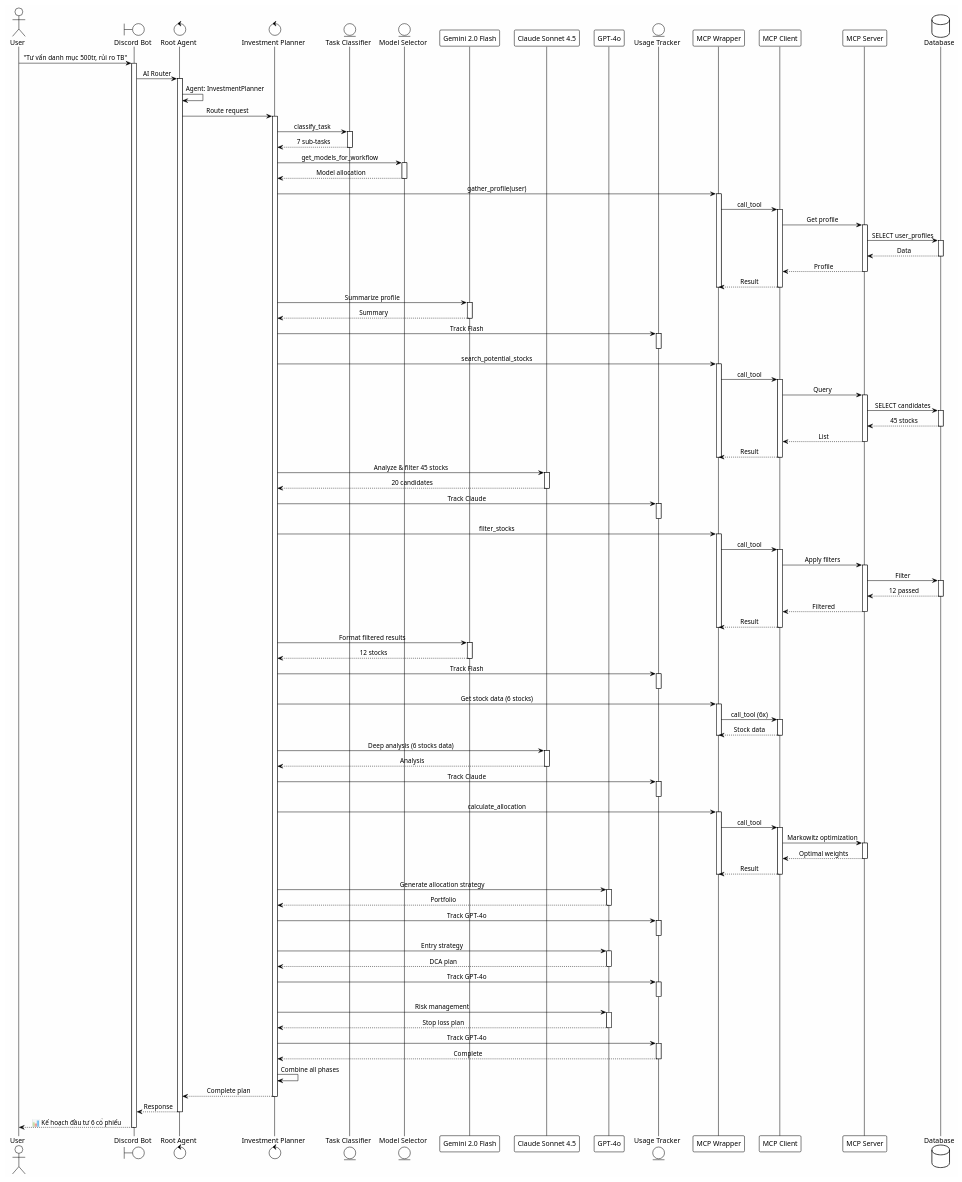
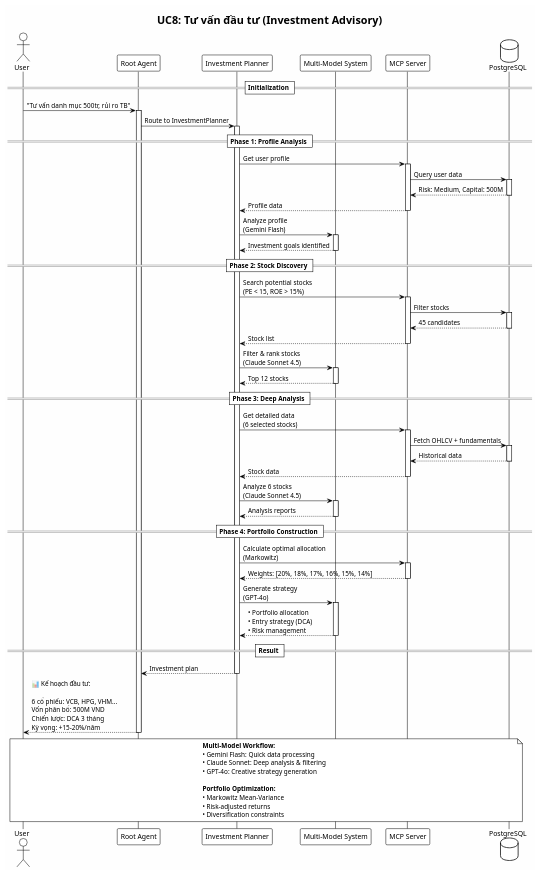
Before and after one commit to GiangNV-HUST/DATN: the diagram in diagrams/sources/sequence_diagrams/sequence_uc8_tu_van_dau_tu.puml, drawn with PlantUML. The commit also changed other lines of this file and 3 other files, not shown here.

First line of the commit message:
refactor: Optimize complex sequence diagrams for better presentation

```diff
--- a/diagrams/sources/sequence_diagrams/sequence_uc8_tu_van_dau_tu.puml
+++ b/diagrams/sources/sequence_diagrams/sequence_uc8_tu_van_dau_tu.puml
@@ -1,185 +2,96 @@
 @startuml sequence_uc8_tu_van_dau_tu
 !theme plain
 skinparam backgroundColor #FEFEFE
-skinparam sequenceMessageAlign center
 skinparam shadowing false
+skinparam defaultFontName "Times New Roman"
+
+title UC8: Tư vấn đầu tư (Investment Advisory)
 
 actor User
-boundary "Discord Bot" as Bot
-control "Root Agent" as Root
-control "Investment Planner" as Planner
-entity "Task Classifier" as Classifier
-entity "Model Selector" as Selector
-participant "Gemini 2.0 Flash" as Flash
-participant "Claude Sonnet 4.5" as Claude
-participant "GPT-4o" as GPT4
-entity "Usage Tracker" as Tracker
-participant "MCP Wrapper" as Wrapper
-participant "MCP Client" as Client
-participant "MCP Server" as Server
-database "Database" as DB
+participant "Root Agent" as Root
+participant "Investment Planner" as Planner
+participant "Multi-Model System" as Models
+participant "MCP Server" as MCP
+database "PostgreSQL" as DB
 
-User -> Bot: "Tư vấn danh mục 500tr, rủi ro TB"
-activate Bot
-
-Bot -> Root: AI Router
+== Initialization ==
+User -> Root: "Tư vấn danh mục 500tr, rủi ro TB"
 activate Root
-Root -> Root: Agent: InvestmentPlanner
-
-Root -> Planner: Route request
+Root -> Planner: Route to InvestmentPlanner
 activate Planner
 
-Planner -> Classifier: classify_task
-activate Classifier
-Classifier --> Planner: 7 sub-tasks
-deactivate Classifier
+== Phase 1: Profile Analysis ==
+Planner -> MCP: Get user profile
+activate MCP
+MCP -> DB: Query user data
+activate DB
+DB --> MCP: Risk: Medium, Capital: 500M
+deactivate DB
+MCP --> Planner: Profile data
+deactivate MCP
 
-Planner -> Selector: get_models_for_workflow
-activate Selector
-Selector --> Planner: Model allocation
-deactivate Selector
+Planner -> Models: Analyze profile\n(Gemini Flash)
+activate Models
+Models --> Planner: Investment goals identified
+deactivate Models
 
-Planner -> Wrapper: gather_profile(user)
-activate Wrapper
-Wrapper -> Client: call_tool
-activate Client
-Client -> Server: Get profile
-activate Server
-Server -> DB: SELECT user_profiles
+== Phase 2: Stock Discovery ==
+Planner -> MCP: Search potential stocks\n(PE < 15, ROE > 15%)
+activate MCP
+MCP -> DB: Filter stocks
 activate DB
-DB --> Server: Data
+DB --> MCP: 45 candidates
 deactivate DB
-Server --> Client: Profile
-deactivate Server
-Client --> Wrapper: Result
-deactivate Client
-deactivate Wrapper
+MCP --> Planner: Stock list
+deactivate MCP
 
-Planner -> Flash: Summarize profile
-activate Flash
-Flash --> Planner: Summary
-deactivate Flash
+Planner -> Models: Filter & rank stocks\n(Claude Sonnet 4.5)
+activate Models
+Models --> Planner: Top 12 stocks
+deactivate Models
 
-Planner -> Tracker: Track Flash
-activate Tracker
-deactivate Tracker
+== Phase 3: Deep Analysis ==
+Planner -> MCP: Get detailed data\n(6 selected stocks)
+activate MCP
+MCP -> DB: Fetch OHLCV + fundamentals
+activate DB
+DB --> MCP: Historical data
+deactivate DB
+MCP --> Planner: Stock data
+deactivate MCP
 
-Planner -> Wrapper: search_potential_stocks
-activate Wrapper
-Wrapper -> Client: call_tool
-activate Client
-Client -> Server: Query
-activate Server
-Server -> DB: SELECT candidates
-activate DB
-DB --> Server: 45 stocks
-deactivate DB
-Server --> Client: List
-deactivate Server
-Client --> Wrapper: Result
-deactivate Client
-deactivate Wrapper
+Planner -> Models: Analyze 6 stocks\n(Claude Sonnet 4.5)
+activate Models
+Models --> Planner: Analysis reports
+deactivate Models
 
-Planner -> Claude: Analyze & filter 45 stocks
-activate Claude
-Claude --> Planner: 20 candidates
-deactivate Claude
+== Phase 4: Portfolio Construction ==
+Planner -> MCP: Calculate optimal allocation\n(Markowitz)
+activate MCP
+MCP --> Planner: Weights: [20%, 18%, 17%, 16%, 15%, 14%]
+deactivate MCP
 
-Planner -> Tracker: Track Claude
-activate Tracker
-deactivate Tracker
+Planner -> Models: Generate strategy\n(GPT-4o)
+activate Models
+Models --> Planner: • Portfolio allocation\n• Entry strategy (DCA)\n• Risk management
+deactivate Models
 
-Planner -> Wrapper: filter_stocks
-activate Wrapper
-Wrapper -> Client: call_tool
-activate Client
-Client -> Server: Apply filters
-activate Server
-Server -> DB: Filter
-activate DB
-DB --> Server: 12 passed
-deactivate DB
-Server --> Client: Filtered
-deactivate Server
-Client --> Wrapper: Result
-deactivate Client
-deactivate Wrapper
-
-Planner -> Flash: Format filtered results
-activate Flash
-Flash --> Planner: 12 stocks
-deactivate Flash
-
-Planner -> Tracker: Track Flash
-activate Tracker
-deactivate Tracker
-
-Planner -> Wrapper: Get stock data (6 stocks)
-activate Wrapper
-Wrapper -> Client: call_tool (6x)
-activate Client
-Client --> Wrapper: Stock data
-deactivate Client
-deactivate Wrapper
-
-Planner -> Claude: Deep analysis (6 stocks data)
-activate Claude
-Claude --> Planner: Analysis
-deactivate Claude
-
-Planner -> Tracker: Track Claude
-activate Tracker
-deactivate Tracker
-
-Planner -> Wrapper: calculate_allocation
-activate Wrapper
-Wrapper -> Client: call_tool
-activate Client
-Client -> Server: Markowitz optimization
-activate Server
-Server --> Client: Optimal weights
-deactivate Server
-Client --> Wrapper: Result
-deactivate Client
-deactivate Wrapper
-
-Planner -> GPT4: Generate allocation strategy
-activate GPT4
-GPT4 --> Planner: Portfolio
-deactivate GPT4
-
-Planner -> Tracker: Track GPT-4o
-activate Tracker
-deactivate Tracker
-
-Planner -> GPT4: Entry strategy
-activate GPT4
-GPT4 --> Planner: DCA plan
-deactivate GPT4
-
-Planner -> Tracker: Track GPT-4o
-activate Tracker
-deactivate Tracker
-
-Planner -> GPT4: Risk management
-activate GPT4
-GPT4 --> Planner: Stop loss plan
-deactivate GPT4
-
-Planner -> Tracker: Track GPT-4o
-activate Tracker
-Tracker --> Planner: Complete
-deactivate Tracker
-
-Planner -> Planner: Combine all phases
-
-Planner --> Root: Complete plan
+== Result ==
+Planner --> Root: Investment plan
 deactivate Planner
-
-Root --> Bot: Response
+Root --> User: 📊 Kế hoạch đầu tư:\n\n6 cổ phiếu: VCB, HPG, VHM...\nVốn phân bổ: 500M VND\nChiến lược: DCA 3 tháng\nKỳ vọng: +15-20%/năm
 deactivate Root
 
-Bot --> User: 📊 Kế hoạch đầu tư 6 cổ phiếu
-deactivate Bot
+note over User, DB
+  **Multi-Model Workflow:**
+  • Gemini Flash: Quick data processing
+  • Claude Sonnet: Deep analysis & filtering
+  • GPT-4o: Creative strategy generation
+
+  **Portfolio Optimization:**
+  • Markowitz Mean-Variance
+  • Risk-adjusted returns
+  • Diversification constraints
+end note
 
 @enduml
```
